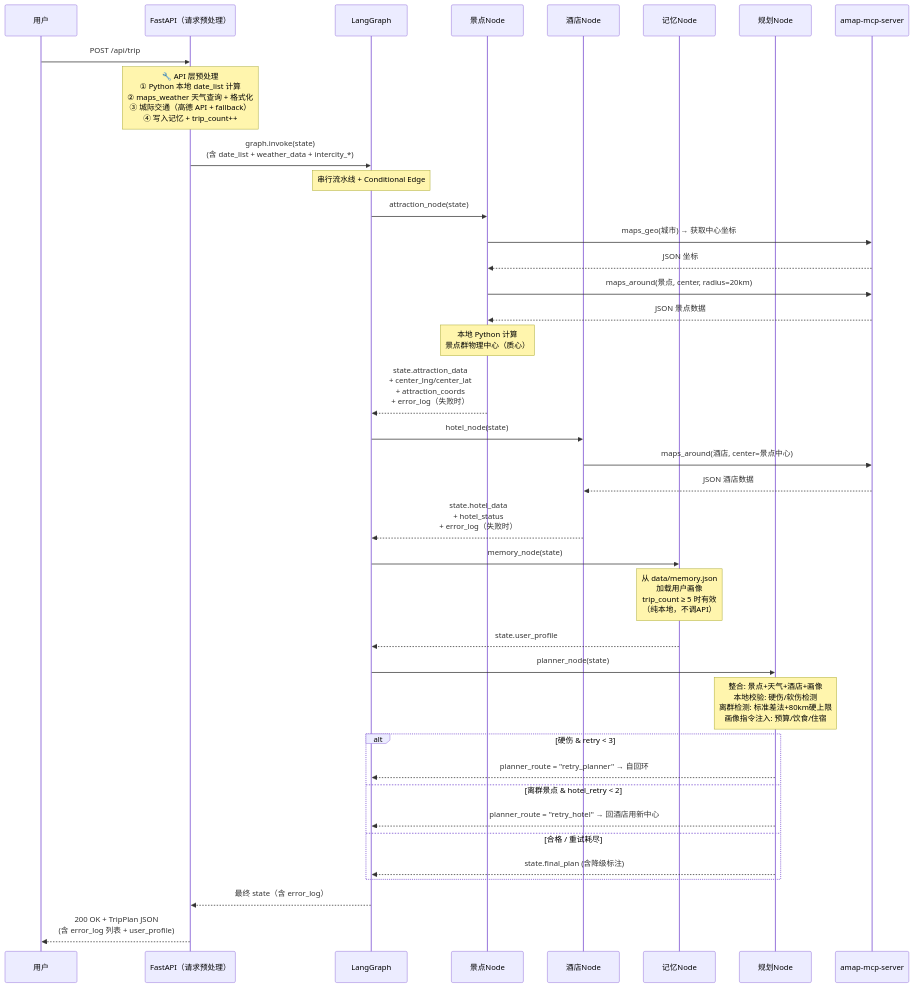
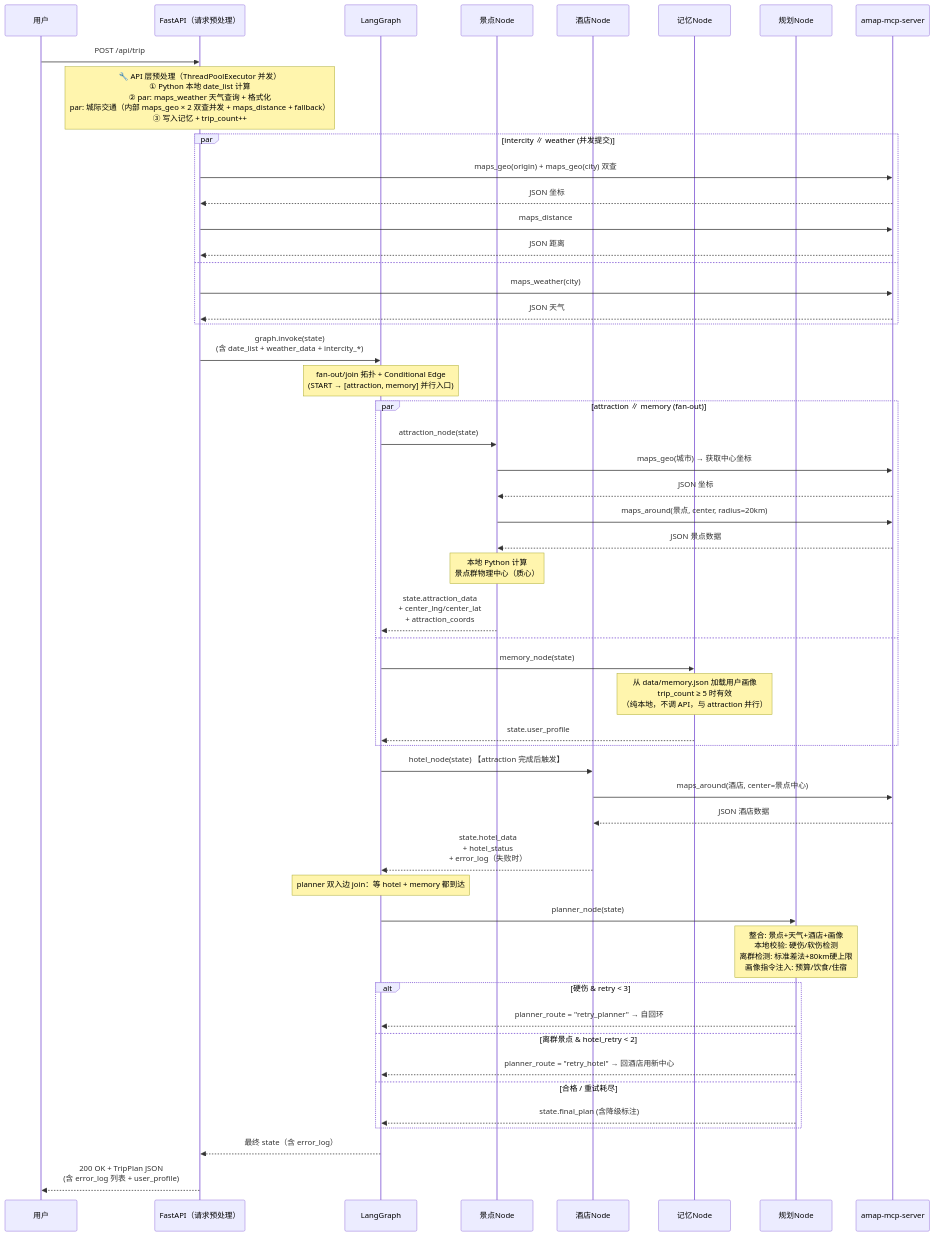
The third of 7 diagrams in ARCHITECTURE.md (SuperGODOG/tripplanner), drawn with Mermaid before and after one commit. The commit also changed other lines of this file and 1 other file, not shown here.

Commit message:
docs: 同步 ARCHITECTURE + CLAUDE 到 fan-out 拓扑
ARCHITECTURE 图 1/2/3 反映 2026-07-26 的并发化改造：APILayer 标注 intercity ∥ weather 并发；图 2 stateDiagram 用 <<fork>>/<<join>> 显式表达 fan-out（START→[attr, mem]）与 join；图 3 sequenceDiagram 加 par…and…end 并发块。CLAUDE.md Architecture 段更新 4 Node 图拓扑描述，新增无锁并发说明。

````diff
--- a/ARCHITECTURE.md
+++ b/ARCHITECTURE.md
@@ -102,50 +112,63 @@
 ```mermaid
 sequenceDiagram
     participant User as 用户
     participant API as FastAPI（请求预处理）
     participant Graph as LangGraph
     participant Attr as 景点Node
     participant Hotel as 酒店Node
     participant Mem as 记忆Node
     participant Plan as 规划Node
     participant MCP as amap-mcp-server
 
     User->>API: POST /api/trip
 
-    Note over API: 🔧 API 层预处理<br/>① Python 本地 date_list 计算<br/>② maps_weather 天气查询 + 格式化<br/>③ 城际交通（高德 API + fallback）<br/>④ 写入记忆 + trip_count++
+    Note over API: 🔧 API 层预处理（ThreadPoolExecutor 并发）<br/>① Python 本地 date_list 计算<br/>② par: maps_weather 天气查询 + 格式化<br/>   par: 城际交通（内部 maps_geo × 2 双查并发 + maps_distance + fallback）<br/>③ 写入记忆 + trip_count++
+
+    par intercity ∥ weather (并发提交)
+        API->>MCP: maps_geo(origin) + maps_geo(city) 双查
+        MCP-->>API: JSON 坐标
+        API->>MCP: maps_distance
+        MCP-->>API: JSON 距离
+    and
+        API->>MCP: maps_weather(city)
+        MCP-->>API: JSON 天气
+    end
 
     API->>Graph: graph.invoke(state)<br/>(含 date_list + weather_data + intercity_*)
 
-    Note over Graph: 串行流水线 + Conditional Edge
+    Note over Graph: fan-out/join 拓扑 + Conditional Edge<br/>(START → [attraction, memory] 并行入口)
 
-    Graph->>Attr: attraction_node(state)
-    Attr->>MCP: maps_geo(城市) → 获取中心坐标
-    MCP-->>Attr: JSON 坐标
-    Attr->>MCP: maps_around(景点, center, radius=20km)
-    MCP-->>Attr: JSON 景点数据
-    Note over Attr: 本地 Python 计算<br/>景点群物理中心（质心）
-    Attr-->>Graph: state.attraction_data<br/>+ center_lng/center_lat<br/>+ attraction_coords<br/>+ error_log（失败时）
+    par attraction ∥ memory (fan-out)
+        Graph->>Attr: attraction_node(state)
+        Attr->>MCP: maps_geo(城市) → 获取中心坐标
+        MCP-->>Attr: JSON 坐标
+        Attr->>MCP: maps_around(景点, center, radius=20km)
+        MCP-->>Attr: JSON 景点数据
+        Note over Attr: 本地 Python 计算<br/>景点群物理中心（质心）
+        Attr-->>Graph: state.attraction_data<br/>+ center_lng/center_lat<br/>+ attraction_coords
+    and
+        Graph->>Mem: memory_node(state)
+        Note over Mem: 从 data/memory.json 加载用户画像<br/>trip_count ≥ 5 时有效<br/>（纯本地，不调 API，与 attraction 并行）
+        Mem-->>Graph: state.user_profile
+    end
 
-    Graph->>Hotel: hotel_node(state)
+    Graph->>Hotel: hotel_node(state)  【attraction 完成后触发】
     Hotel->>MCP: maps_around(酒店, center=景点中心)
     MCP-->>Hotel: JSON 酒店数据
     Hotel-->>Graph: state.hotel_data<br/>+ hotel_status<br/>+ error_log（失败时）
 
-    Graph->>Mem: memory_node(state)
-    Note over Mem: 从 data/memory.json<br/>加载用户画像<br/>trip_count ≥ 5 时有效<br/>（纯本地，不调API）
-    Mem-->>Graph: state.user_profile
-
+    Note over Graph: planner 双入边 join：等 hotel + memory 都到达
     Graph->>Plan: planner_node(state)
     Note over Plan: 整合: 景点+天气+酒店+画像<br/>本地校验: 硬伤/软伤检测<br/>离群检测: 标准差法+80km硬上限<br/>画像指令注入: 预算/饮食/住宿
 
     alt 硬伤 & retry < 3
         Plan-->>Graph: planner_route = "retry_planner" → 自回环
     else 离群景点 & hotel_retry < 2
         Plan-->>Graph: planner_route = "retry_hotel" → 回酒店用新中心
     else 合格 / 重试耗尽
         Plan-->>Graph: state.final_plan (含降级标注)
     end
 
     Graph-->>API: 最终 state（含 error_log）
     API-->>User: 200 OK + TripPlan JSON<br/>(含 error_log 列表 + user_profile)
 ```
````
